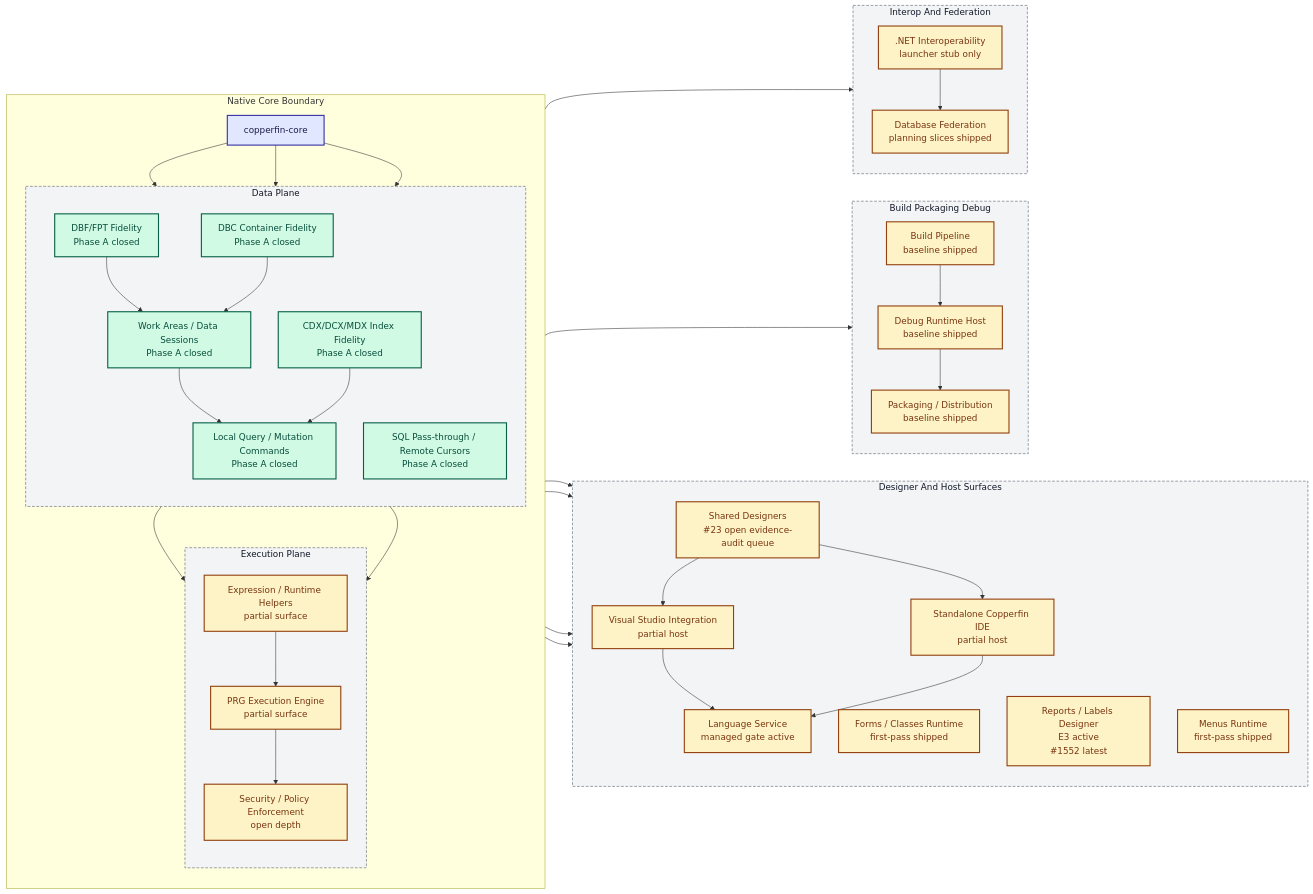
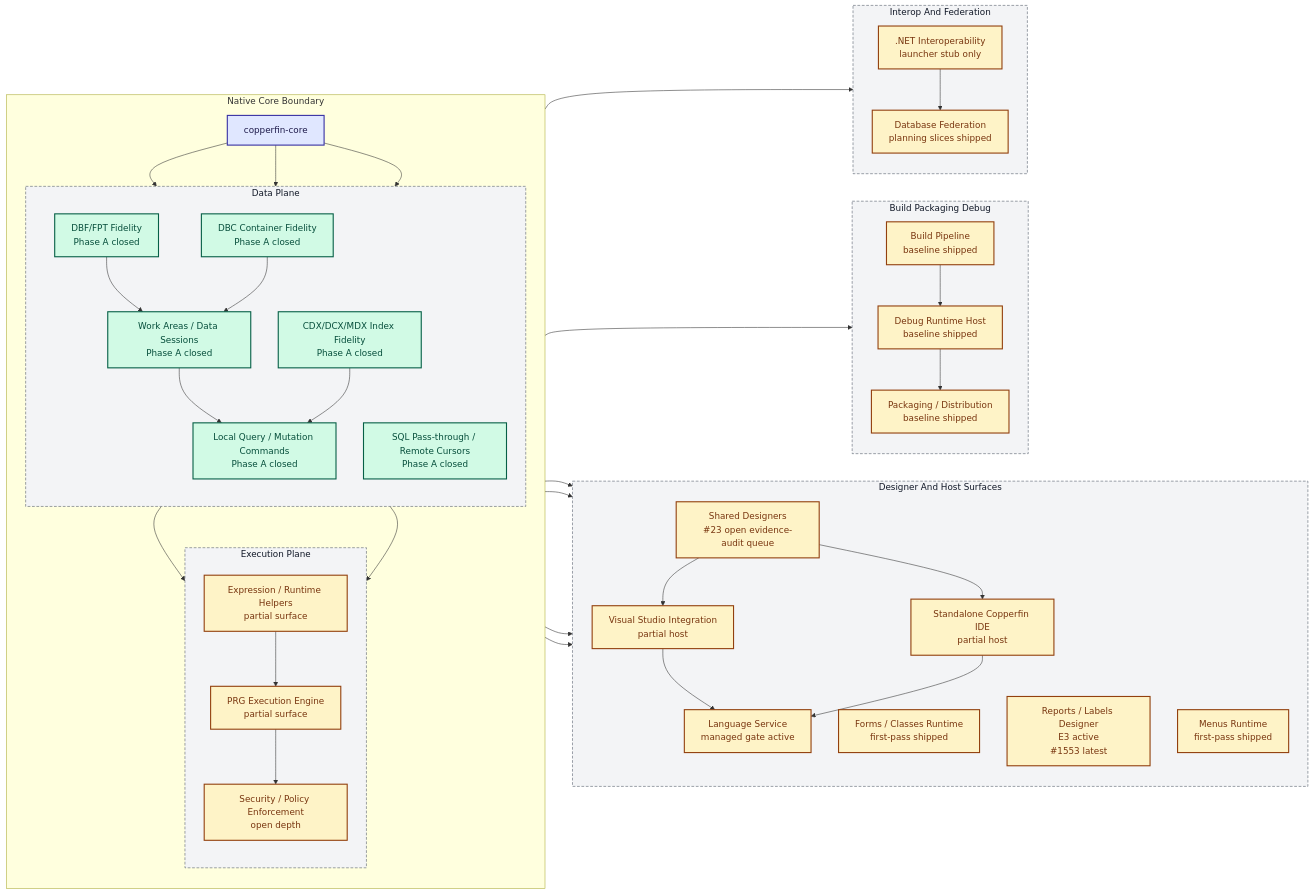
The diagram in docs/02-architecture.md (rhamenator/Project-Copperfin), drawn with Mermaid before and after one commit. The commit also changed 6 other files, not shown here.

```diff
--- a/docs/02-architecture.md
+++ b/docs/02-architecture.md
@@ -36,7 +36,7 @@
         direction TB
         DES["Shared Designers<br/>#23 open evidence-audit queue"]
         FORMS["Forms / Classes Runtime<br/>first-pass shipped"]
-        RPT["Reports / Labels Designer<br/>E3 active<br/>#1552 latest"]
+        RPT["Reports / Labels Designer<br/>E3 active<br/>#1553 latest"]
         MENU["Menus Runtime<br/>first-pass shipped"]
         VS["Visual Studio Integration<br/>partial host"]
         IDE["Standalone Copperfin IDE<br/>partial host"]
```
